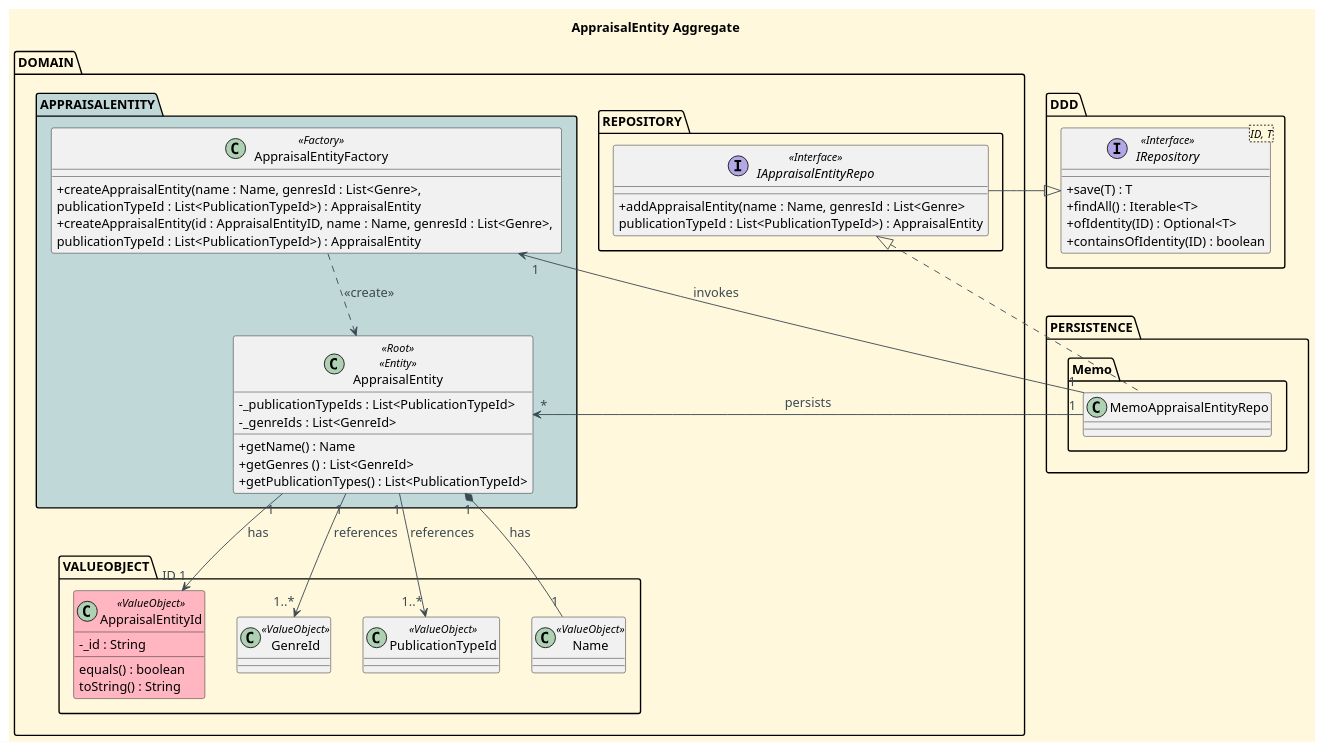
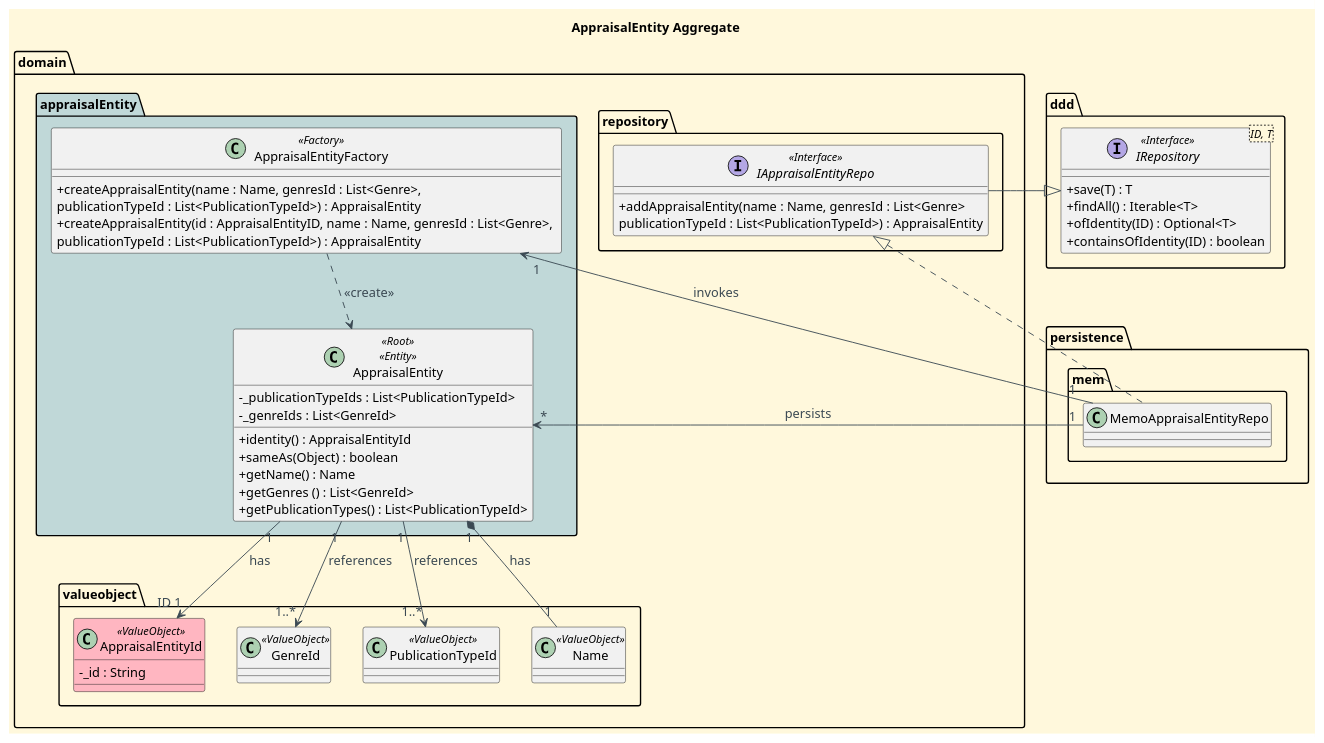
The diagram in docs/aggregates-diagrams/Appraisal_Entity_Aggregate.puml (CarolinaLeite-collab/JavaMarketplacePlatform), drawn with PlantUML before and after one commit.

Commit message:
docs: updated methods in AppraisalEntity aggregate and packages names - refs #457

```diff
--- a/docs/aggregates-diagrams/Appraisal_Entity_Aggregate.puml
+++ b/docs/aggregates-diagrams/Appraisal_Entity_Aggregate.puml
@@ -1,104 +1,104 @@
 @startuml
 
 '==== Title ====
 title AppraisalEntity Aggregate
 top to bottom direction
 
 '==== basic style ====
 skinparam monochrome false
 skinparam defaultFontName Futura
 skinparam objectFontSize 14
 skinparam backgroundColor CornSilk
 skinparam objectBackgroundColor WhiteSmoke
 skinparam noteBackgroundColor #FFFFE0
 skinparam ArrowFontColor #3B4953
 skinparam ArrowColor #3B4953
 skinparam ArrowFontSize 14
 skinparam PackageBorderColor #black
 skinparam classAttributeIconSize 0
 
 ' ===== Domain =====
-Package "DOMAIN" {
+Package "domain" {
 
-    Package "APPRAISALENTITY" <<Folder>> #c0d8d8 {
+    Package "appraisalEntity" <<Folder>> #c0d8d8 {
         class AppraisalEntity <<Root>> <<Entity>>  {
             -_publicationTypeIds : List<PublicationTypeId>
             -_genreIds : List<GenreId>
 
+            +identity() : AppraisalEntityId
+            +sameAs(Object) : boolean
             +getName() : Name
             +getGenres () : List<GenreId>
             +getPublicationTypes() : List<PublicationTypeId>
             }
 
     class AppraisalEntityFactory <<Factory>> {
         +createAppraisalEntity(name : Name, genresId : List<Genre>, \npublicationTypeId : List<PublicationTypeId>) : AppraisalEntity
         +createAppraisalEntity(id : AppraisalEntityID, name : Name, genresId : List<Genre>, \npublicationTypeId : List<PublicationTypeId>) : AppraisalEntity
 
         }
     }
 
-    package "REPOSITORY" <<Folder>> {
+    package "repository" <<Folder>> {
         interface IAppraisalEntityRepo <<Interface>> {
             +addAppraisalEntity(name : Name, genresId : List<Genre> \npublicationTypeId : List<PublicationTypeId>) : AppraisalEntity
         }
     }
 
-    Package "VALUEOBJECT" {
+    Package "valueobject" {
         '== Value Objects (Ids) ==
         class AppraisalEntityId <<ValueObject>> #LightPink {
         -_id : String
 
-        equals() : boolean
-        toString() : String
-        }
+       }
         class GenreId <<ValueObject>> {
 
         }
         class PublicationTypeId <<ValueObject>> {
 
         }
         ' ===== Value Objects =====
         class Name <<ValueObject>> {
 
         }
 
     }
 
 }
 
 ' ===== Repository =====
-package "PERSISTENCE" <<Folder>> {
+package "persistence" <<Folder>> {
 
-    package "Memo" {
+    package "mem" {
         class MemoAppraisalEntityRepo {
 
         }
 
     }
 
 }
 
-Package "DDD" {
+Package "ddd" {
     interface IRepository<ID, T> <<Interface>> {
         +save(T) : T
         +findAll() : Iterable<T>
         +ofIdentity(ID) : Optional<T>
         +containsOfIdentity(ID) : boolean
     }
 
 }
 
 ' ===== Interactions =====
 AppraisalEntity "1" --> "ID 1" AppraisalEntityId : has
 AppraisalEntity "1" --> "1..*" GenreId : references
 AppraisalEntity "1" --> "1..*" PublicationTypeId : references
 AppraisalEntity "1" *-- "1" Name : has
 AppraisalEntity "*" <- "1" MemoAppraisalEntityRepo : persists
 
 AppraisalEntityFactory ..> AppraisalEntity : <<create>>
 AppraisalEntityFactory "1"<- "1" MemoAppraisalEntityRepo : invokes
 
 IAppraisalEntityRepo <|. MemoAppraisalEntityRepo
 IAppraisalEntityRepo -|> IRepository
 
 @enduml
```
